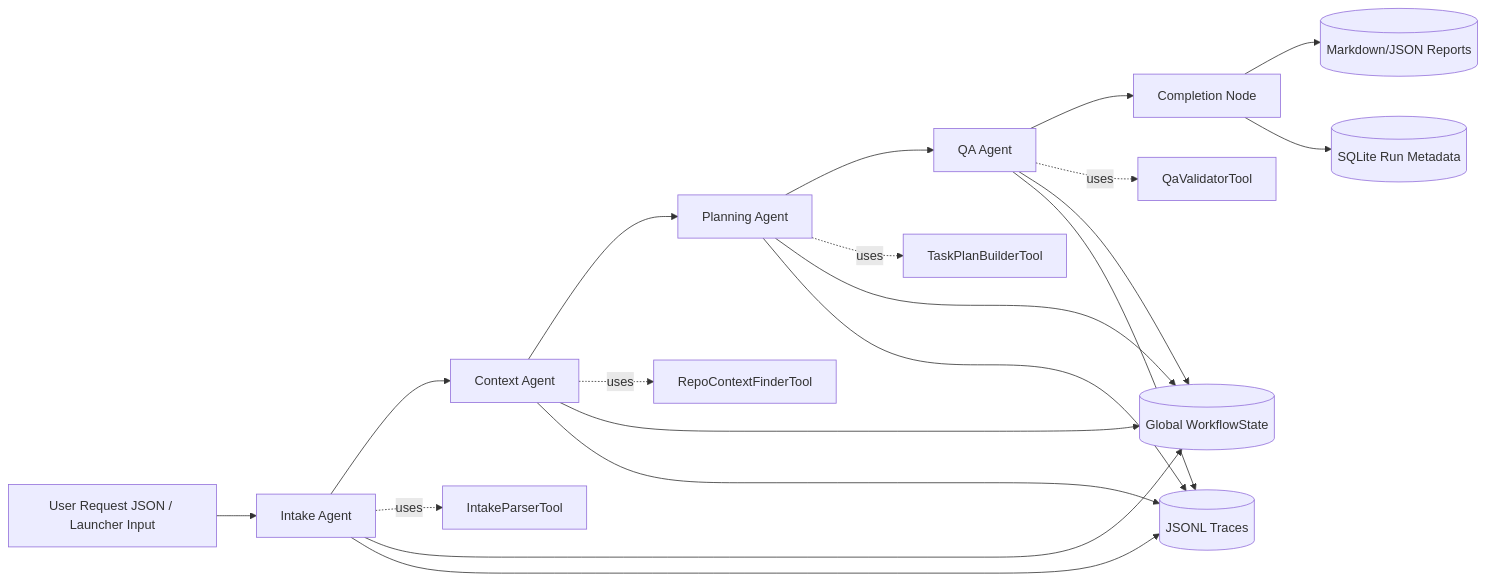
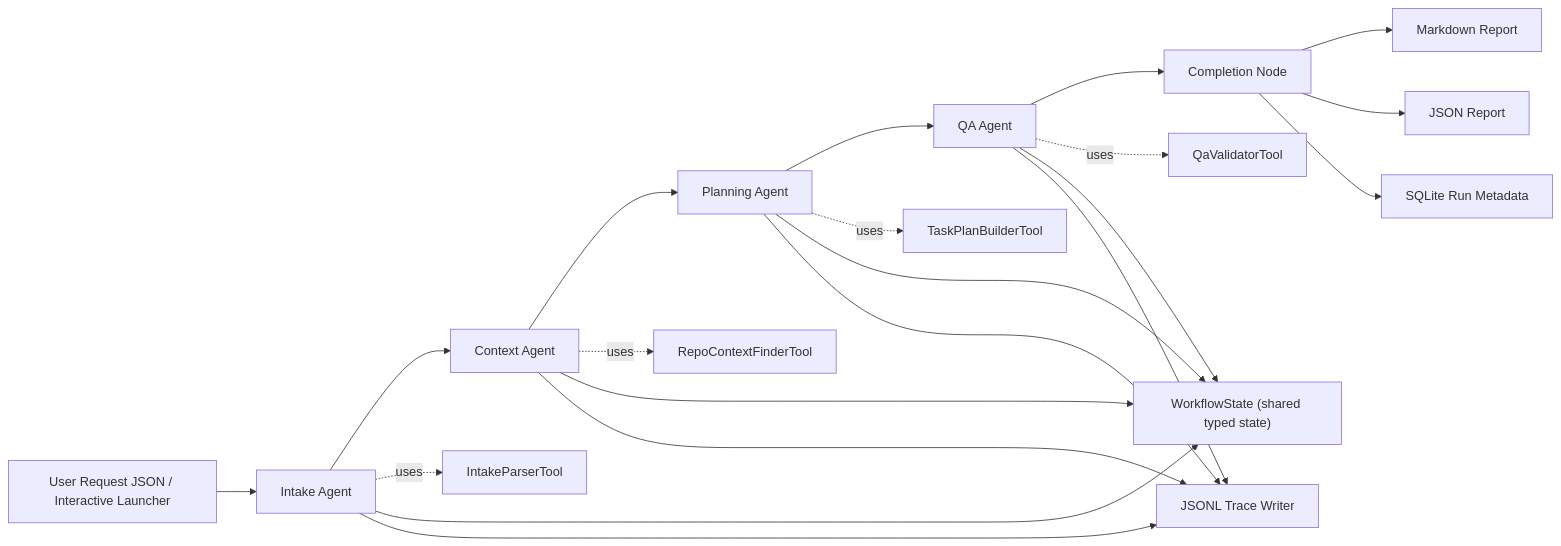
Before and after one commit to LSYDananjaya/SE4010-CTSE-Assignment-02-FLOWFORGE: the diagram in docs/TECHNICAL_REPORT_TEMPLATE.md, drawn with Mermaid. The commit also changed other lines of this file and 68 other files, not shown here.

Commit message:
Improve FlowForge workflow, TUI, tracing, and sample bug lab

````diff
--- a/docs/TECHNICAL_REPORT_TEMPLATE.md
+++ b/docs/TECHNICAL_REPORT_TEMPLATE.md
@@ -61,26 +68,27 @@
 ```mermaid
 flowchart LR
-    A[User Request JSON / Launcher Input] --> B[Intake Agent]
-    B --> C[Context Agent]
-    C --> D[Planning Agent]
-    D --> E[QA Agent]
-    E --> F[Completion Node]
+    A["User Request JSON / Interactive Launcher"] --> B["Intake Agent"]
+    B --> C["Context Agent"]
+    C --> D["Planning Agent"]
+    D --> E["QA Agent"]
+    E --> F["Completion Node"]
 
-    B -. uses .-> T1[IntakeParserTool]
-    C -. uses .-> T2[RepoContextFinderTool]
-    D -. uses .-> T3[TaskPlanBuilderTool]
-    E -. uses .-> T4[QaValidatorTool]
+    B -. uses .-> T1["IntakeParserTool"]
+    C -. uses .-> T2["RepoContextFinderTool"]
+    D -. uses .-> T3["TaskPlanBuilderTool"]
+    E -. uses .-> T4["QaValidatorTool"]
 
-    B --> S[(Global WorkflowState)]
+    B --> S["WorkflowState (shared typed state)"]
     C --> S
     D --> S
     E --> S
 
-    B --> O1[(JSONL Traces)]
+    B --> O1["JSONL Trace Writer"]
     C --> O1
     D --> O1
     E --> O1
 
-    F --> O2[(Markdown/JSON Reports)]
-    F --> O3[(SQLite Run Metadata)]
+    F --> O2["Markdown Report"]
+    F --> O3["JSON Report"]
+    F --> O4["SQLite Run Metadata"]
 ```
````
